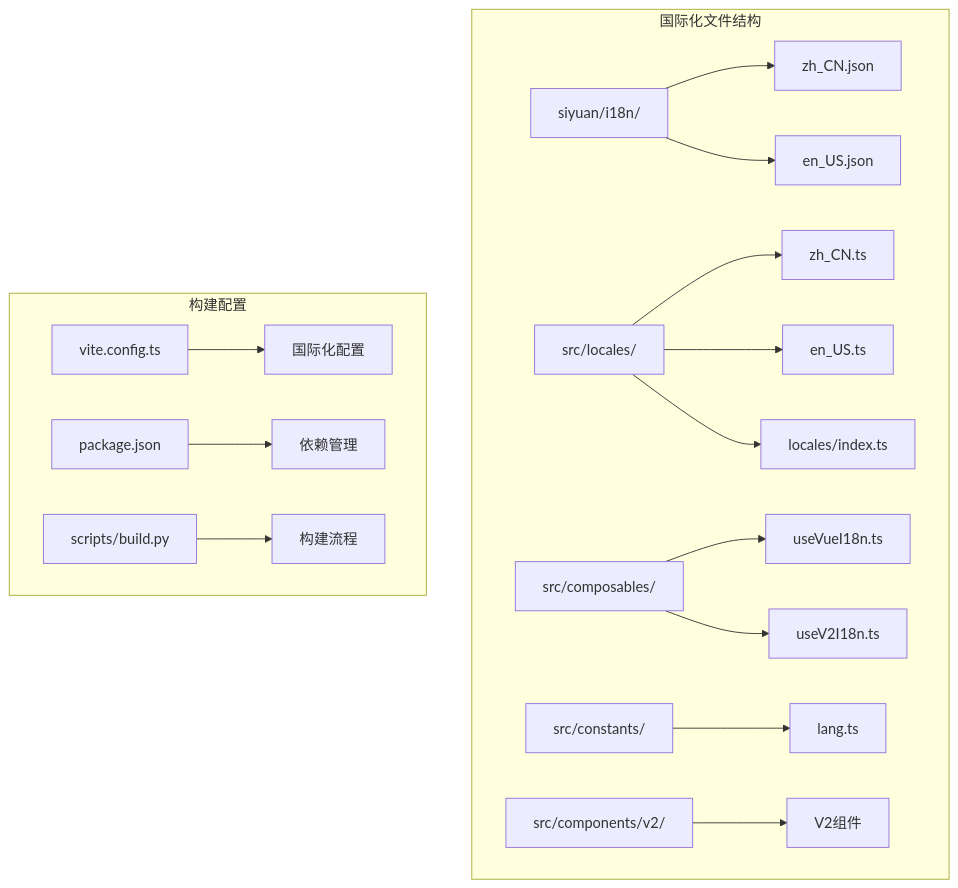
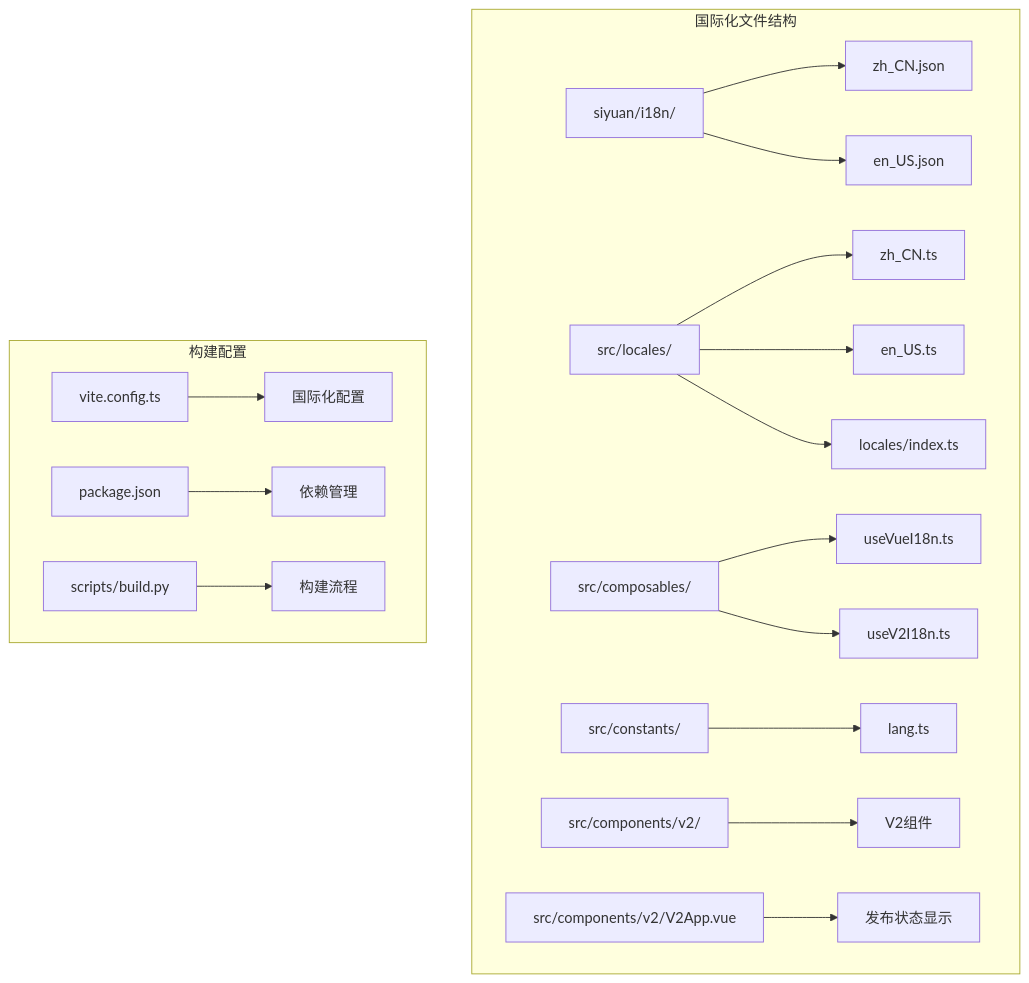
Before and after one commit to terwer/siyuan-plugin-publisher: the first of 11 diagrams in .qoder/repowiki/zh/content/用户界面组件/国际化支持.md, drawn with Mermaid. The commit also changed other lines of this file and 5 other files, not shown here.

````diff
--- a/.qoder/repowiki/zh/content/用户界面组件/国际化支持.md
+++ b/.qoder/repowiki/zh/content/用户界面组件/国际化支持.md
@@ -60,19 +63,20 @@
 ```mermaid
 graph TB
 subgraph "国际化文件结构"
 A[siyuan/i18n/] --> B[zh_CN.json]
 A --> C[en_US.json]
 D[src/locales/] --> E[zh_CN.ts]
 D --> F[en_US.ts]
 D --> G[locales/index.ts]
 H[src/composables/] --> I[useVueI18n.ts]
 H --> J[useV2I18n.ts]
 K[src/constants/] --> L[lang.ts]
 M[src/components/v2/] --> N[V2组件]
+O[src/components/v2/V2App.vue] --> P[发布状态显示]
 end
 subgraph "构建配置"
-O[vite.config.ts] --> P[国际化配置]
-Q[package.json] --> R[依赖管理]
-S[scripts/build.py] --> T[构建流程]
+Q[vite.config.ts] --> R[国际化配置]
+S[package.json] --> T[依赖管理]
+U[scripts/build.py] --> V[构建流程]
 end
 ```
````
